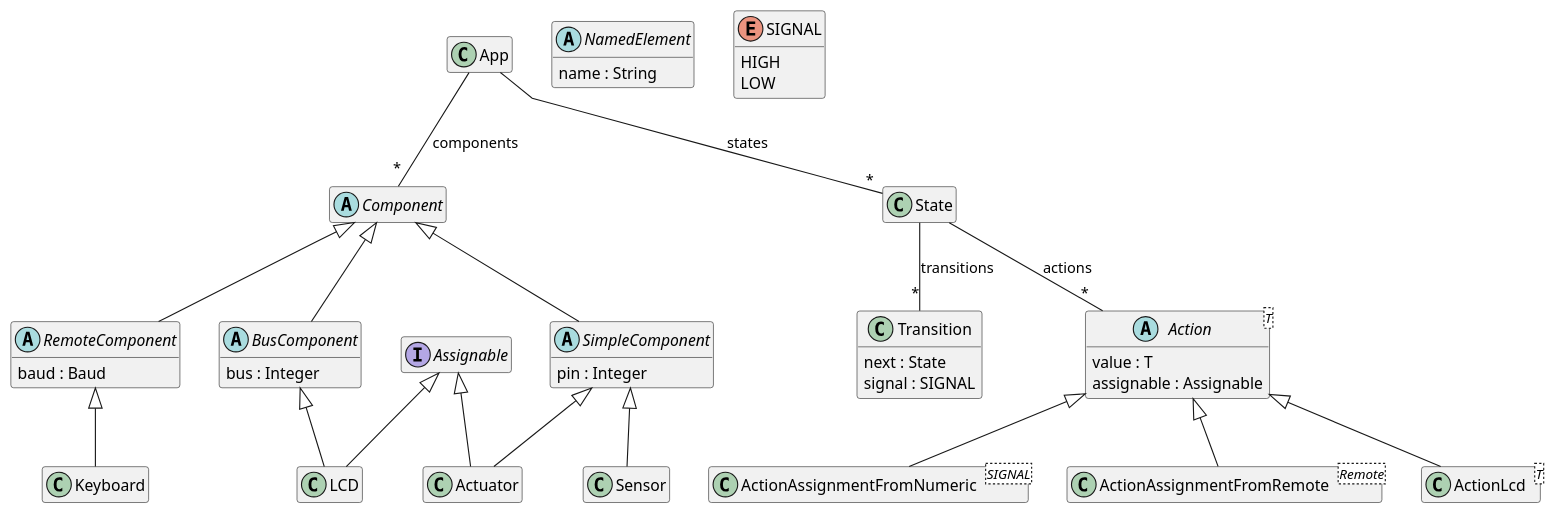
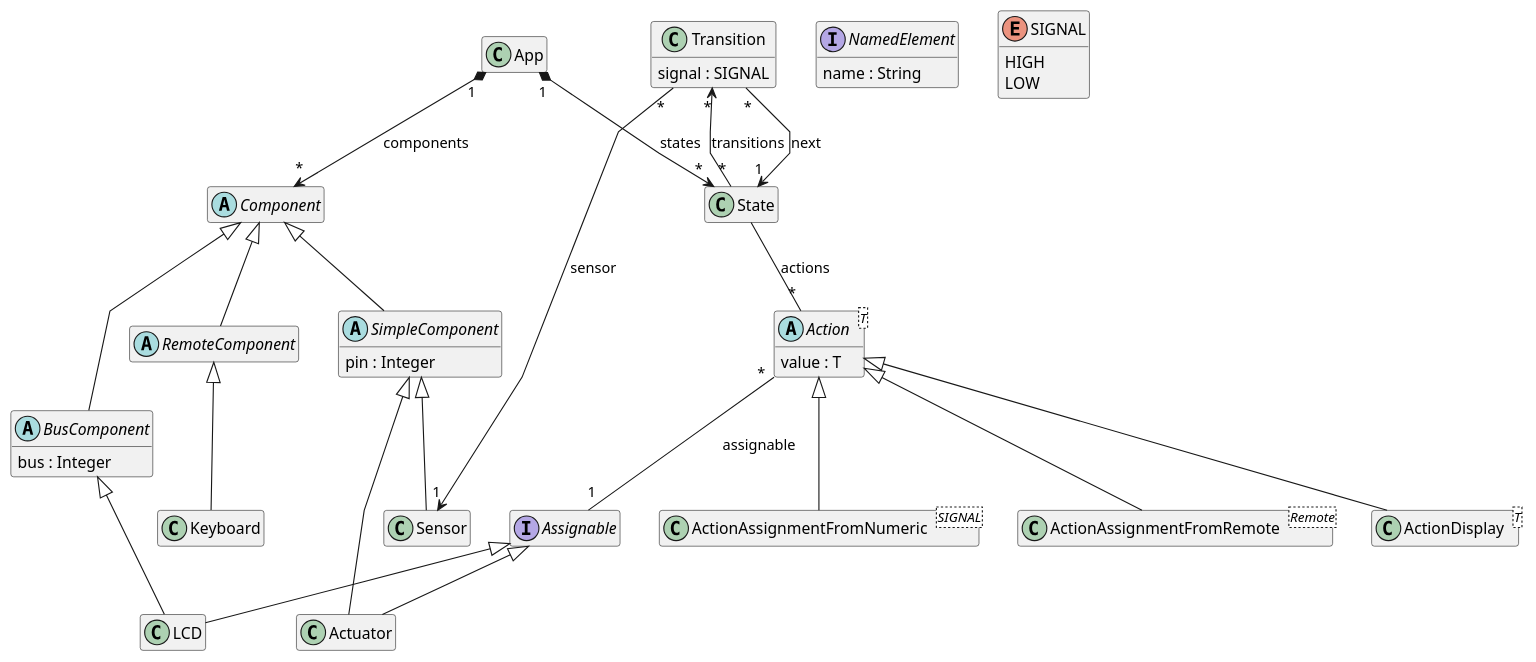
The diagram in kernels/kernel.plantuml (MathieuPaillart/arduinoML-dsl), drawn with PlantUML before and after one commit. The commit also changed 26 other files, not shown here.

Commit message:
UML and doc updated

```diff
--- a/kernels/kernel.plantuml
+++ b/kernels/kernel.plantuml
@@ -1,86 +1,99 @@
 @startuml
 skinparam linetype polyline
+
 ' Inheritance
 Component <|-- BusComponent
-Component <|-- SimpleComponent
-Component <|-- RemoteComponent
 BusComponent <|-- LCD
-SimpleComponent <|-- Actuator
-SimpleComponent <|-- Sensor
 Assignable <|-- LCD
 Assignable <|-- Actuator
+Component <|-- SimpleComponent
+SimpleComponent <|-- Sensor
+SimpleComponent <|-- Actuator
+Component <|-- RemoteComponent
+RemoteComponent <|-- Keyboard
 class "ActionAssignmentFromNumeric<SIGNAL>" as ActionAssignmentFromNumeric_SIGNAL
 class "ActionAssignmentFromRemote<Remote>" as ActionAssignmentFromRemote_Remote
 
 Action <|-- ActionAssignmentFromNumeric_SIGNAL
 Action <|-- ActionAssignmentFromRemote_Remote
-Action <|-- ActionLcd
-RemoteComponent <|-- Keyboard
+Action <|-- ActionDisplay
+
 ' NamedElement <|-- Component
 ' NamedElement <|-- Remote
 ' NamedElement <|-- State
 ' NamedElement <|-- App
-
 ' Abstract Class Declaration
-abstract class NamedElement{
+Interface NamedElement{
   name : String
 }
 abstract class Action<T> {
    value : T
-   assignable : Assignable
 }
 abstract class Component {
 }
 abstract class BusComponent {
   bus : Integer
 }
 abstract class SimpleComponent {
   pin : Integer
 }
 interface Assignable {
 }
 abstract class RemoteComponent {
-  baud : Baud
 }
-class ActionLcd<T> {
+class ActionDisplay<T> {
 }
 ' Class Declaration
 class App {
 }
 class Transition {
-    next : State
     signal : SIGNAL
 }
 ' Enum Declaration
 enum SIGNAL {
    HIGH
    LOW
 }
 
 ' All attributes
-App -- "*" Component : components
-App -- "*" State : states
+
+App "1" *--> "*" Component : components
+App "1" *--> "*" State : states
+State "*" --> "*" Transition : transitions
+Transition "*" --> "1" Sensor : sensor
+Transition "*" --> "1" State : next
 State -- "*" Action : actions
-State -- "*" Transition : transitions
+Action "*"-- "1" Assignable : assignable
 
 ' Hide methods
 hide RemoteComponent methods
 hide BusComponent methods
 hide SimpleComponent methods
+hide Component methods
+hide Keyboard methods
+hide BusComponent methods
+hide SimpleComponent methods
+hide Action methods
+hide SIGNAL methods
 hide Transition methods
 hide Action methods
 hide NamedElement methods
 hide SIGNAL methods
 ' Hide members
 hide Keyboard members
 hide LCD members
+hide Keyboard members
+hide RemoteComponent members
+hide ActionDisplay members
+hide Sensor members
+hide App members
 hide Actuator members
 hide Sensor members
 hide ActionAssignmentFromNumeric_SIGNAL members
 hide ActionAssignmentFromRemote_Remote members
-hide ActionLcd members
 hide State members
 hide Component members
 hide Assignable members
 hide App members
+hide Assignable members
 @enduml
```
